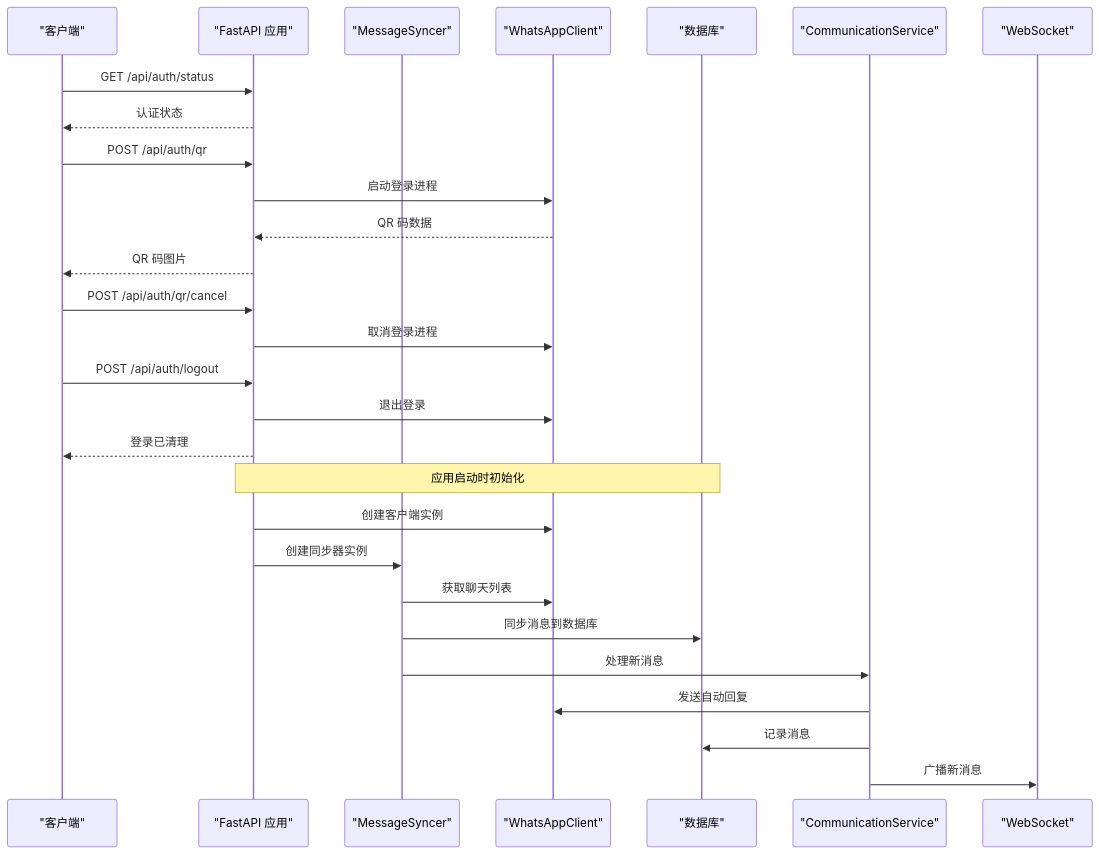
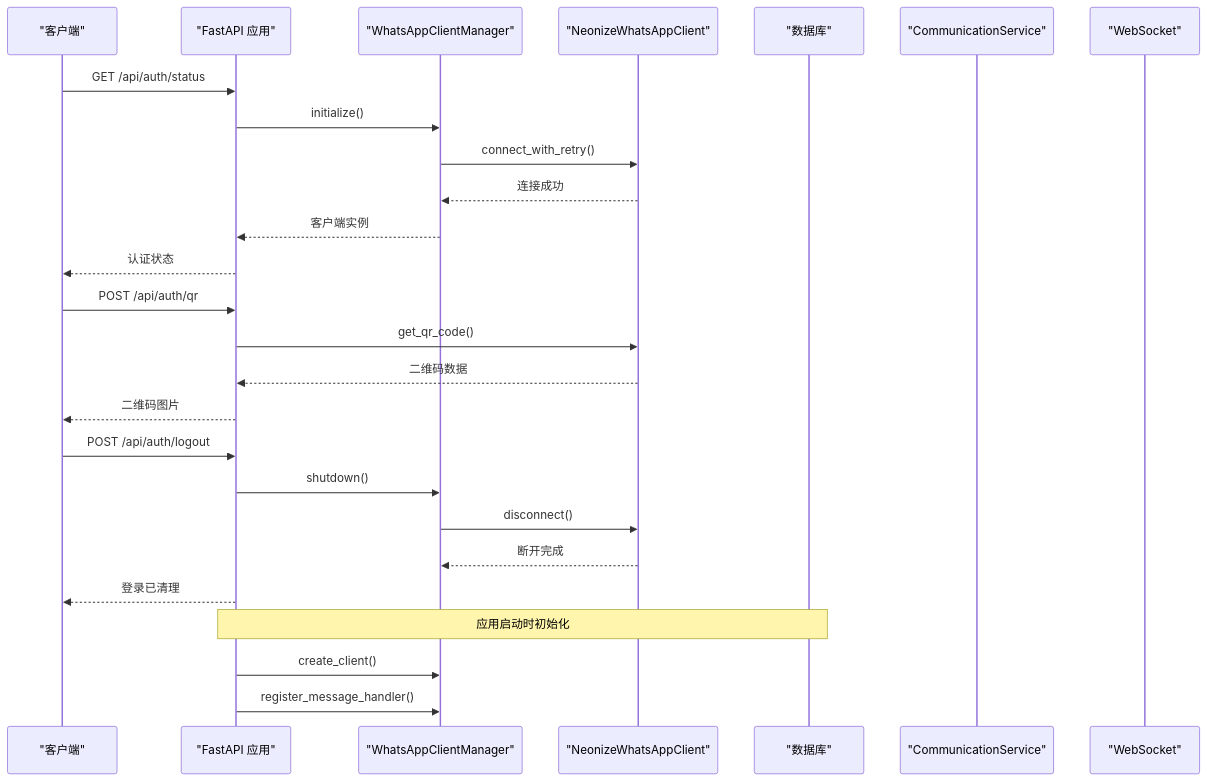
The second of 10 diagrams in .qoder/repowiki/zh/content/核心模块/WhatsApp集成模块.md (2950730liao-hub/whatsapp-reply), drawn with Mermaid before and after one commit. The commit also changed other lines of this file and 15 other files, not shown here.

````diff
--- a/.qoder/repowiki/zh/content/核心模块/WhatsApp集成模块.md
+++ b/.qoder/repowiki/zh/content/核心模块/WhatsApp集成模块.md
@@ -174,30 +224,28 @@
 ```mermaid
 sequenceDiagram
 participant Client as "客户端"
 participant API as "FastAPI 应用"
-participant Sync as "MessageSyncer"
-participant WA as "WhatsAppClient"
+participant Manager as "WhatsAppClientManager"
+participant Neonize as "NeonizeWhatsAppClient"
 participant DB as "数据库"
 participant Comm as "CommunicationService"
 participant WS as "WebSocket"
 Client->>API : GET /api/auth/status
+API->>Manager : initialize()
+Manager->>Neonize : connect_with_retry()
+Neonize-->>Manager : 连接成功
+Manager-->>API : 客户端实例
 API-->>Client : 认证状态
 Client->>API : POST /api/auth/qr
-API->>WA : 启动登录进程
-WA-->>API : QR 码数据
-API-->>Client : QR 码图片
-Client->>API : POST /api/auth/qr/cancel
-API->>WA : 取消登录进程
+API->>Neonize : get_qr_code()
+Neonize-->>API : 二维码数据
+API-->>Client : 二维码图片
 Client->>API : POST /api/auth/logout
-API->>WA : 退出登录
+API->>Manager : shutdown()
+Manager->>Neonize : disconnect()
+Neonize-->>Manager : 断开完成
 API-->>Client : 登录已清理
 Note over API,DB : 应用启动时初始化
-API->>WA : 创建客户端实例
-API->>Sync : 创建同步器实例
-Sync->>WA : 获取聊天列表
-Sync->>DB : 同步消息到数据库
-Sync->>Comm : 处理新消息
-Comm->>WA : 发送自动回复
-Comm->>DB : 记录消息
-Comm->>WS : 广播新消息
+API->>Manager : create_client()
+API->>Manager : register_message_handler()
 ```
````
